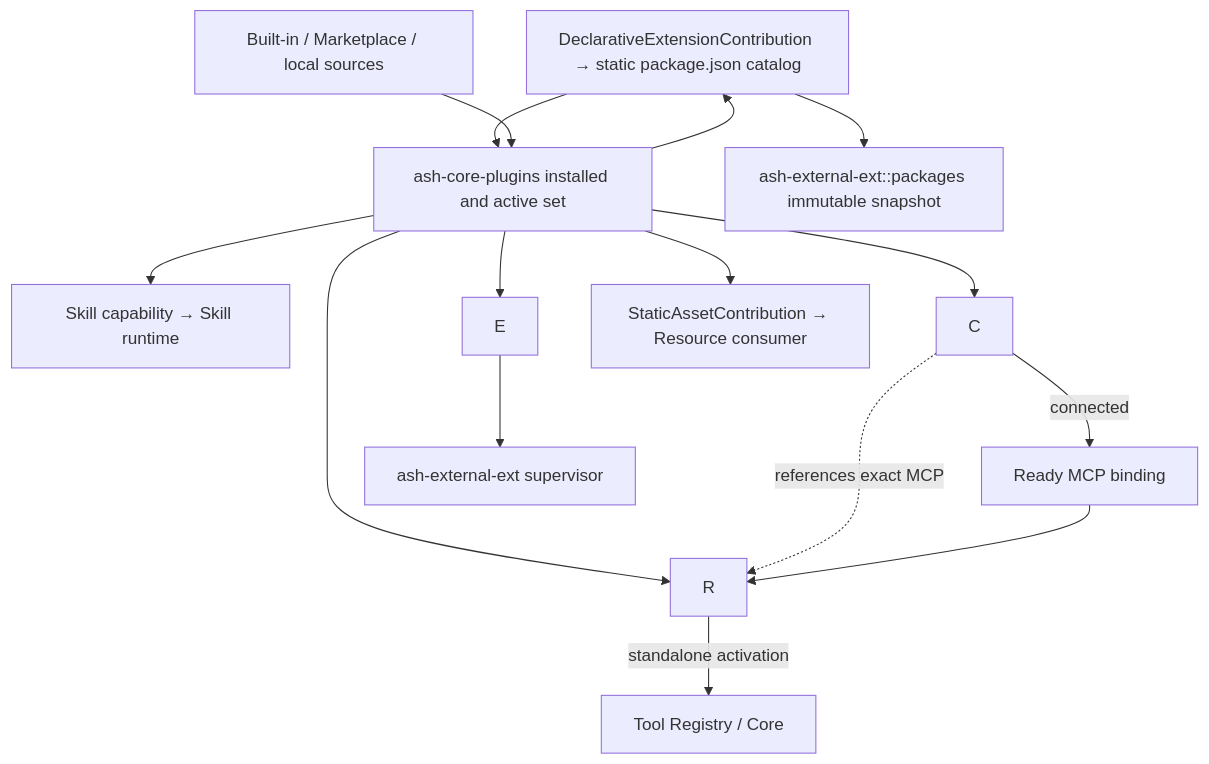
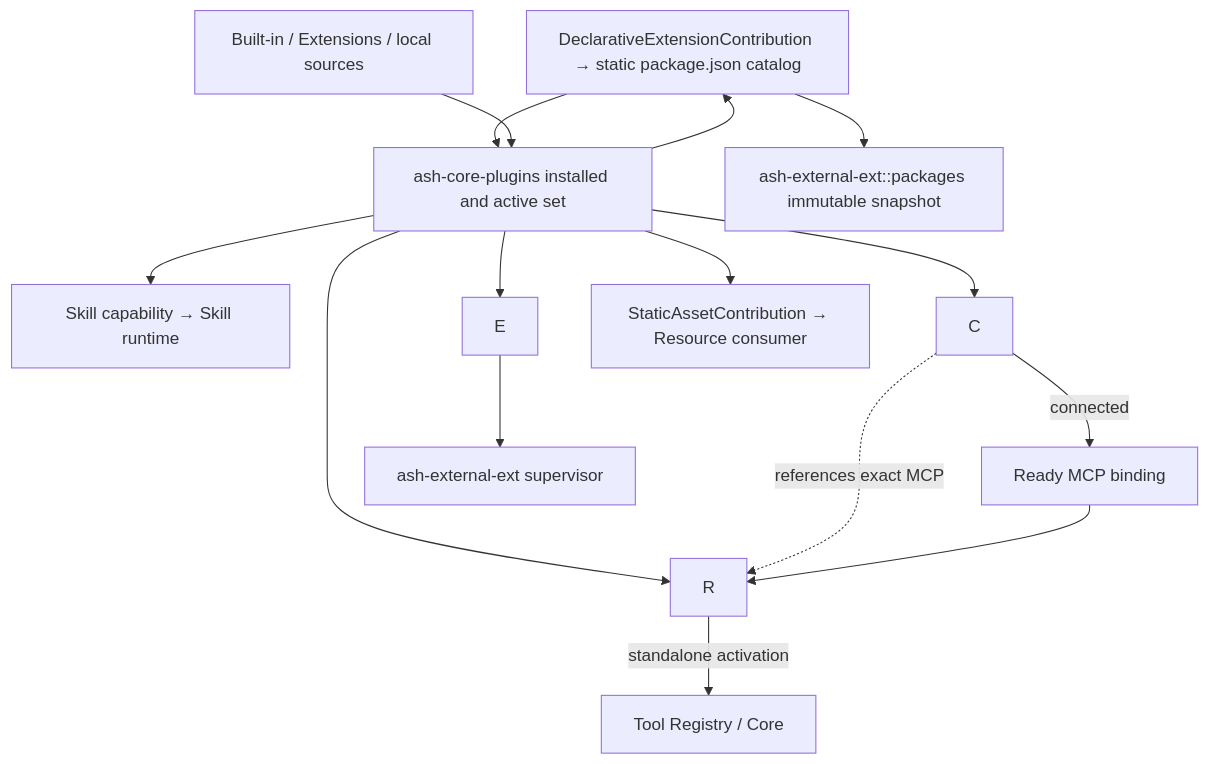
The diagram in docs/plugins.md (chogng/ash), drawn with Mermaid before and after one commit. The commit also changed other lines of this file and 342 other files, not shown here.

First line of the commit message:
refactor: rename Marketplace references to Extensions in tests

````diff
--- a/docs/plugins.md
+++ b/docs/plugins.md
@@ -71,17 +71,17 @@
 ```mermaid
 flowchart TD
     D["ash-plugin definitions"] --> P["ash-core-plugins installed and active set"]
-    M["Built-in / Marketplace / local sources"] --> P
+    M["Built-in / Extensions / local sources"] --> P
     P --> S["Skill capability → Skill runtime"]
     P --> C
     P --> R
     P --> E
     P --> D["DeclarativeExtensionContribution → static package.json catalog"]
     P --> A["StaticAssetContribution → Resource consumer"]
     C -. "references exact MCP" .-> R
     C -->|"connected"| B["Ready MCP binding"]
     R -->|"standalone activation"| T["Tool Registry / Core"]
     E --> H["ash-external-ext supervisor"]
     D --> X["ash-external-ext::packages immutable snapshot"]
     B --> R
 ```
````
